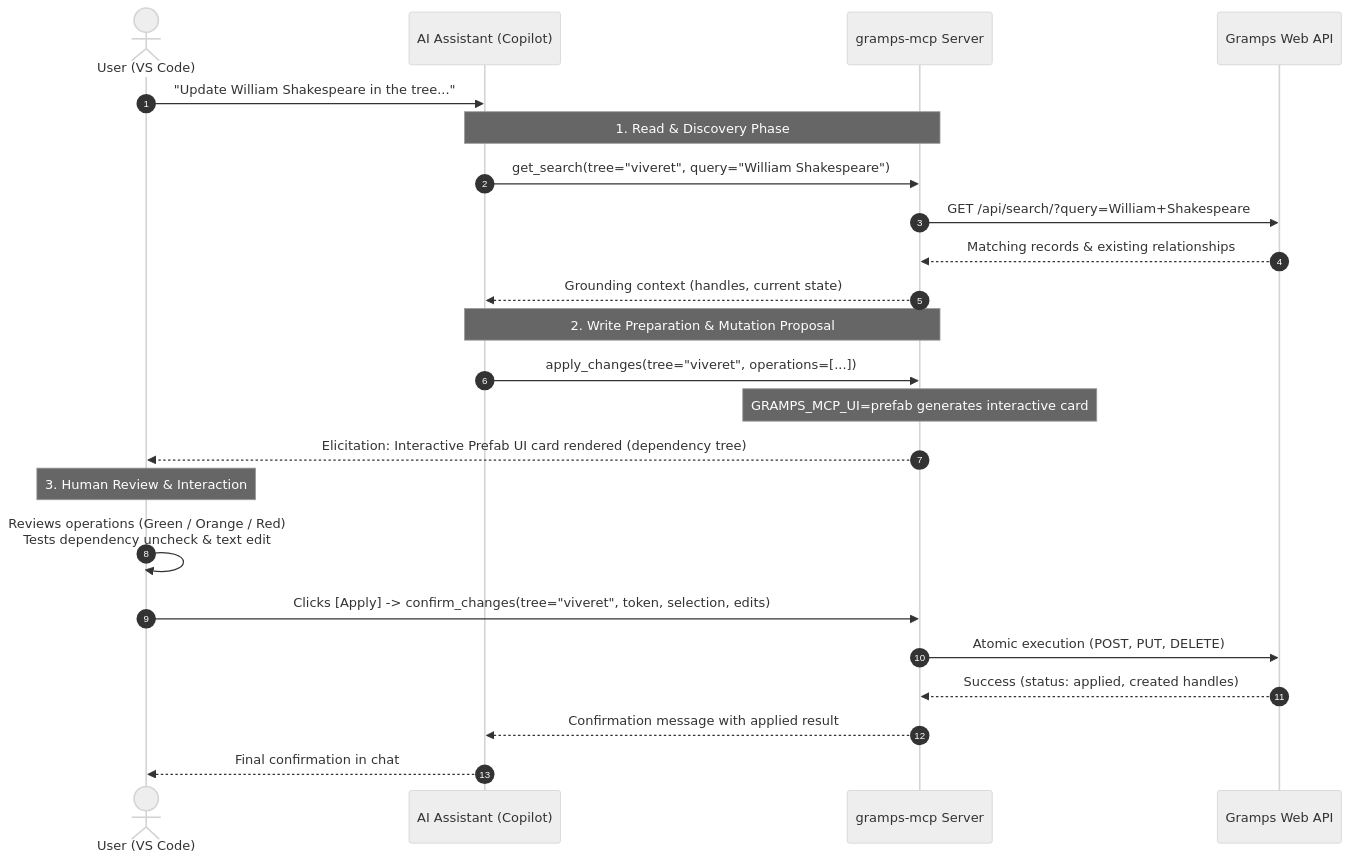
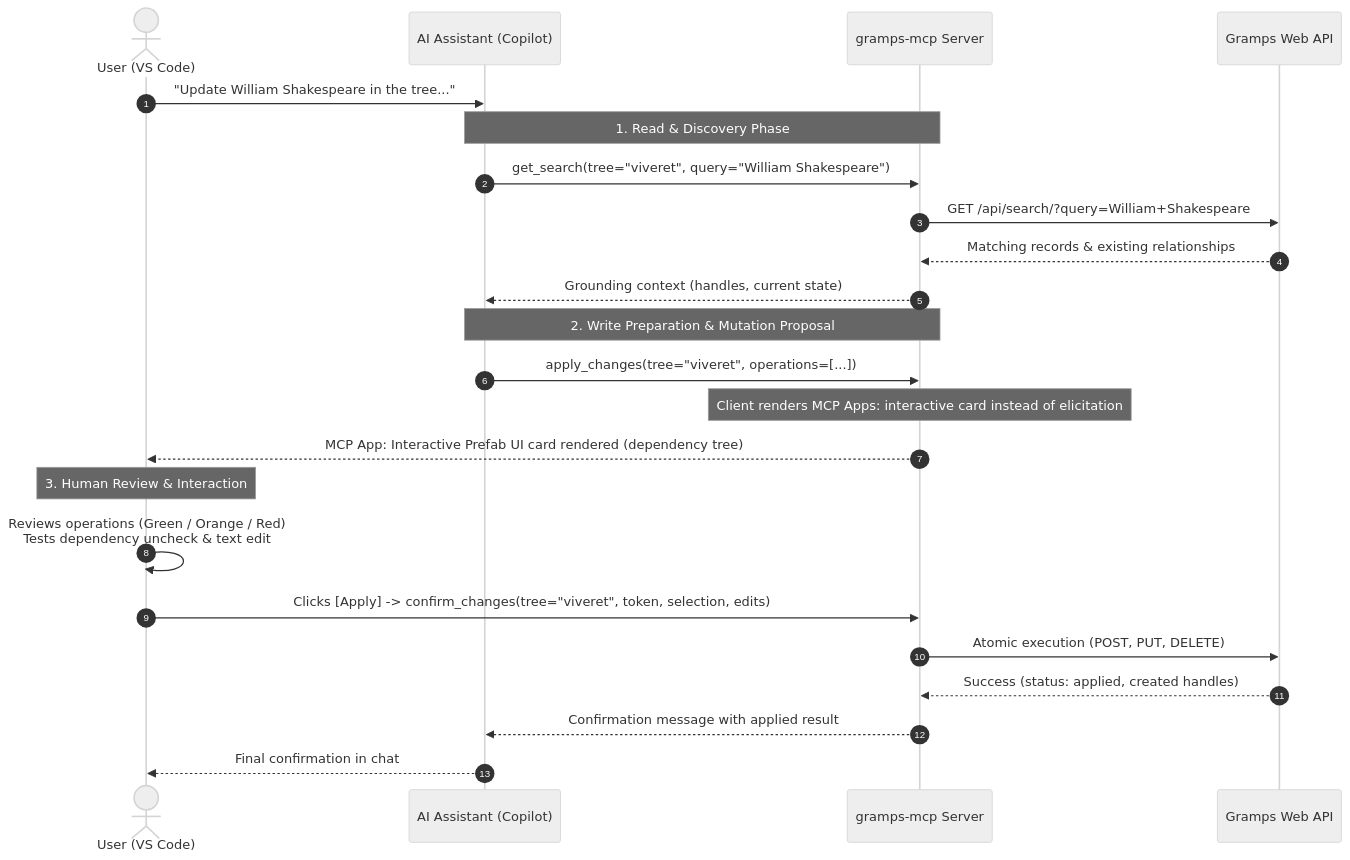
Before and after one commit to jerive/gramps-mcp: the diagram in docs/explanation/how-it-works.md, drawn with Mermaid (neutral theme). The commit also changed 6 other files, not shown here.

First line of the commit message:
feat: show the interactive card by default for clients that render MCP Apps (#28)

````diff
--- a/docs/explanation/how-it-works.md
+++ b/docs/explanation/how-it-works.md
@@ -167,28 +167,28 @@
 ```mermaid
 sequenceDiagram
     autonumber
     actor User as User (VS Code)
     participant Copilot as AI Assistant (Copilot)
     participant MCP as gramps-mcp Server
     participant Gramps as Gramps Web API
 
     User->>Copilot: "Update William Shakespeare in the tree..."
     Note over Copilot,MCP: 1. Read & Discovery Phase
     Copilot->>MCP: get_search(tree="viveret", query="William Shakespeare")
     MCP->>Gramps: GET /api/search/?query=William+Shakespeare
     Gramps-->>MCP: Matching records & existing relationships
     MCP-->>Copilot: Grounding context (handles, current state)
 
     Note over Copilot,MCP: 2. Write Preparation & Mutation Proposal
     Copilot->>MCP: apply_changes(tree="viveret", operations=[...])
-    Note over MCP: GRAMPS_MCP_UI=prefab generates interactive card
-    MCP-->>User: Elicitation: Interactive Prefab UI card rendered (dependency tree)
+    Note over MCP: Client renders MCP Apps: interactive card instead of elicitation
+    MCP-->>User: MCP App: Interactive Prefab UI card rendered (dependency tree)
     
     Note over User: 3. Human Review & Interaction
     User->>User: Reviews operations (Green / Orange / Red)<br/>Tests dependency uncheck & text edit
     User->>MCP: Clicks [Apply] -> confirm_changes(tree="viveret", token, selection, edits)
     MCP->>Gramps: Atomic execution (POST, PUT, DELETE)
     Gramps-->>MCP: Success (status: applied, created handles)
     MCP-->>Copilot: Confirmation message with applied result
     Copilot-->>User: Final confirmation in chat
 ```
````
